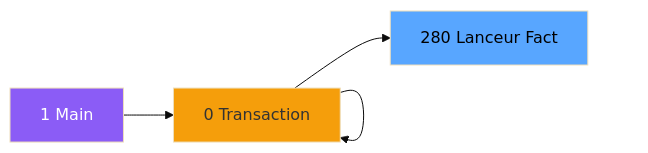
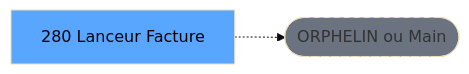
Before and after one commit to thonyAGP/lecteur-magic: the second of 3 diagrams in .openspec/renders/ADH-IDE-280.md, drawn with Mermaid (base theme). The commit also changed other lines of this file and 701 other files, not shown here.

````diff
--- a/.openspec/renders/ADH-IDE-280.md
+++ b/.openspec/renders/ADH-IDE-280.md
@@ -109,17 +117,8 @@
 ```mermaid
 graph LR
-    M[1 Main]
-    N0[0 Transaction ]
-    N0[0 Transaction ]
-    N0[0 Transaction ]
-    T[280 Lanceur Fact]
-    M --> N0
-    N0 --> N0
-    N0 --> N0
-    N0 --> T
-    style M fill:#8b5cf6,color:#fff
-    style N0 fill:#f59e0b
-    style N0 fill:#f59e0b
-    style N0 fill:#f59e0b
+    T[280 Lanceur Facture]
+    ORPHAN([ORPHELIN ou Main])
+    T -.-> ORPHAN
     style T fill:#58a6ff,color:#000
+    style ORPHAN fill:#6b7280,stroke-dasharray: 5 5
 ```
````
